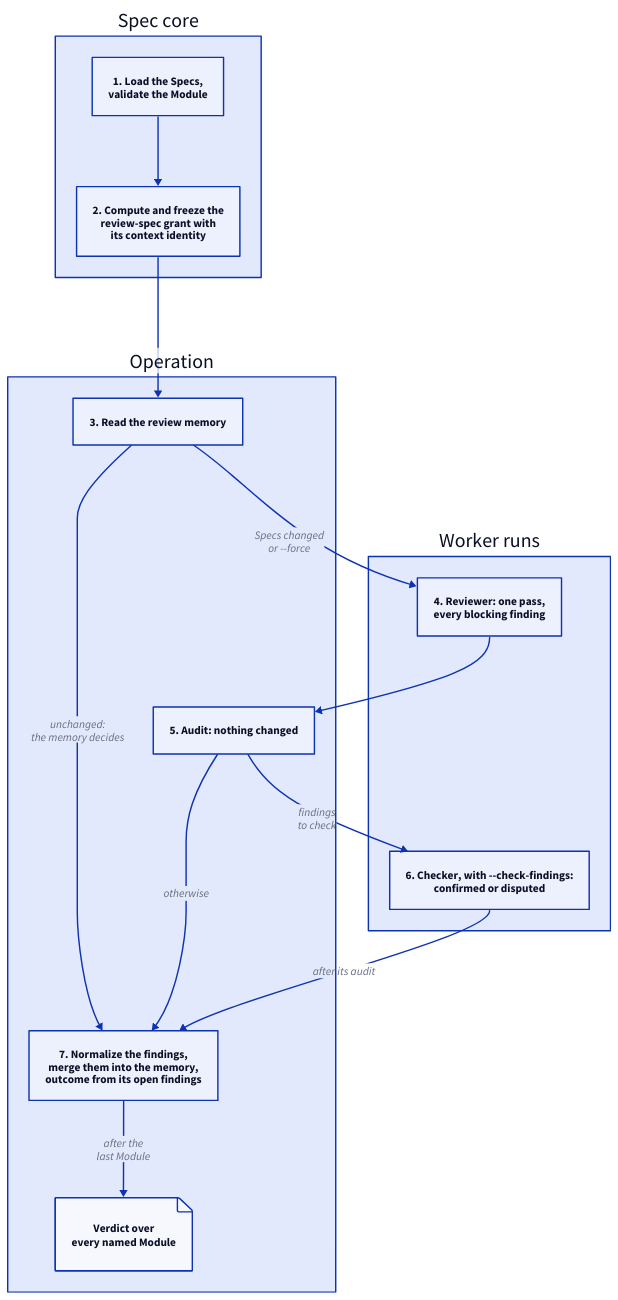
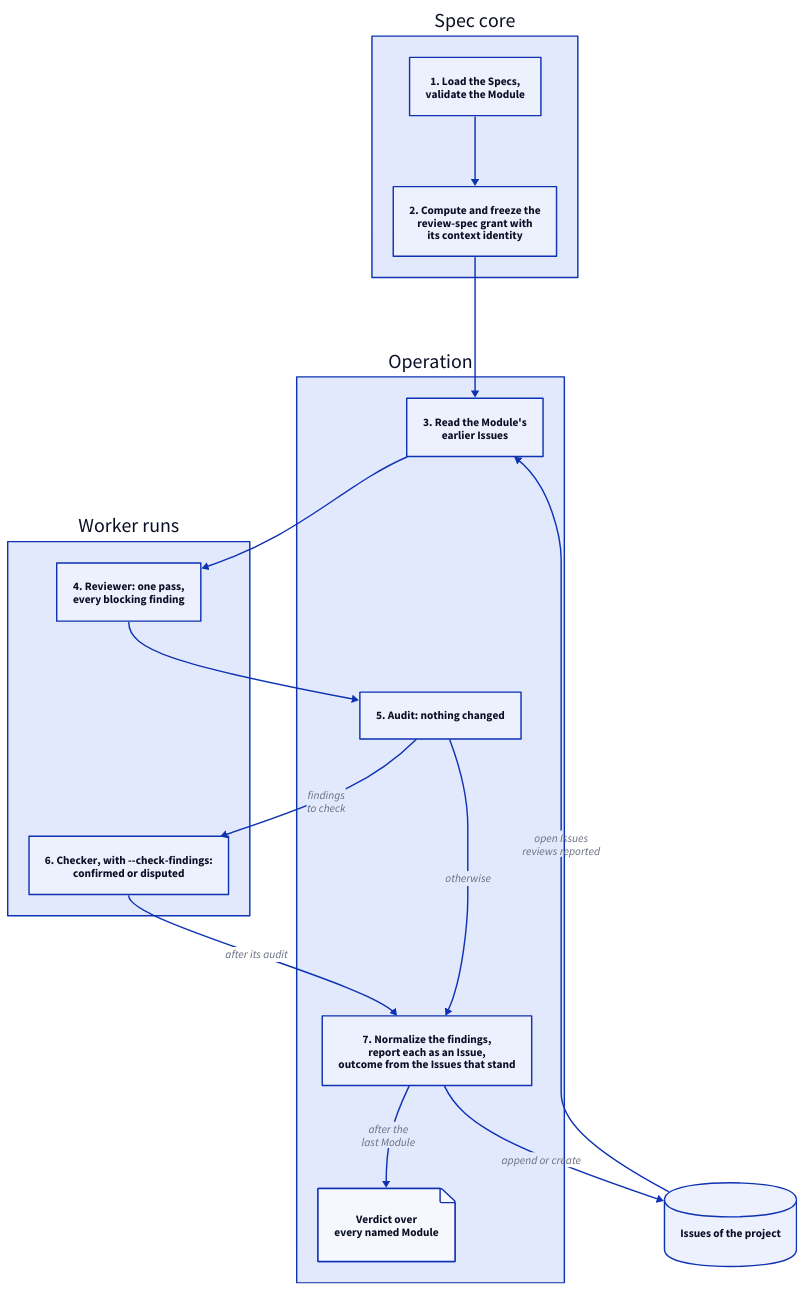
Before and after one commit to FTOD/concorde: the first of 5 diagrams in specs/concorde/spec-tooling/spec-review/module.md, drawn with D2. The commit also changed other lines of this file and 28 other files, not shown here.

First line of the commit message:
Report review findings as Issues and add architects to spec_panel

````diff
--- a/specs/concorde/spec-tooling/spec-review/module.md
+++ b/specs/concorde/spec-tooling/spec-review/module.md
@@ -77,26 +74,28 @@
 ```d2 illustrative
 direction: down
 core: "Spec core" {
   validate: "1. Load the Specs,\nvalidate the Module"
   grant: "2. Compute and freeze the\nreview-spec grant with\nits context identity"
 }
 op: "Operation" {
-  memory: "3. Read the review memory"
+  earlier: "3. Read the Module's\nearlier Issues"
   audit: "5. Audit: nothing changed"
-  merge: "7. Normalize the findings,\nmerge them into the memory,\noutcome from its open findings"
+  report: "7. Normalize the findings,\nreport each as an Issue,\noutcome from the Issues that stand"
   verdict: "Verdict over\nevery named Module" {shape: page}
 }
 workers: "Worker runs" {
   reviewer: "4. Reviewer: one pass,\nevery blocking finding"
   checker: "6. Checker, with --check-findings:\nconfirmed or disputed"
 }
+issues: "Issues of the project" {shape: cylinder}
 core.validate -> core.grant
-core.grant -> op.memory
-op.memory -> workers.reviewer: "Specs changed\nor --force"
-op.memory -> op.merge: "unchanged:\nthe memory decides"
+core.grant -> op.earlier
+issues -> op.earlier: "open Issues\nreviews reported"
+op.earlier -> workers.reviewer
 workers.reviewer -> op.audit
 op.audit -> workers.checker: "findings\nto check"
-workers.checker -> op.merge: "after its audit"
-op.audit -> op.merge: otherwise
-op.merge -> op.verdict: "after the\nlast Module"
+workers.checker -> op.report: "after its audit"
+op.audit -> op.report: otherwise
+op.report -> issues: "append or create"
+op.report -> op.verdict: "after the\nlast Module"
 ```
````
